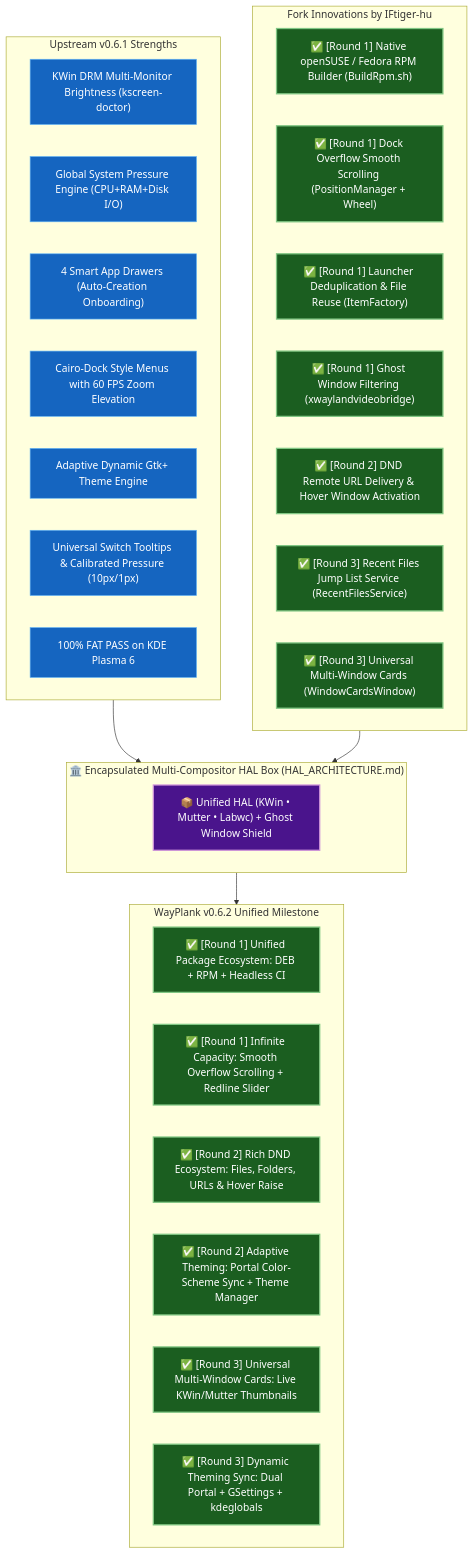
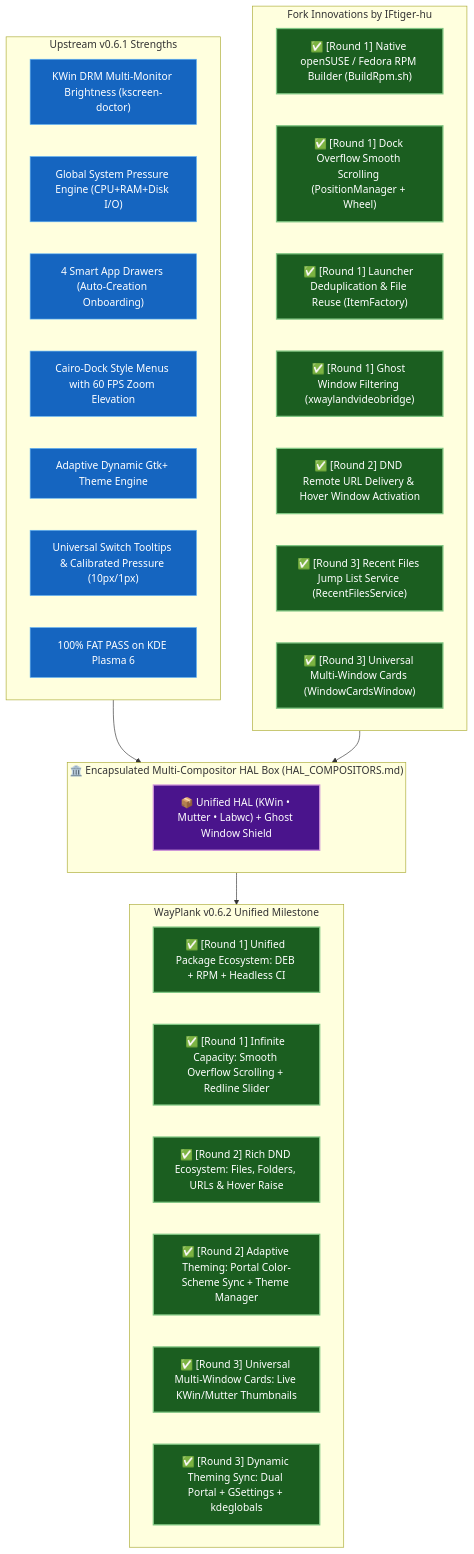
Before and after one commit to sergiomelas/WayPlank: the diagram in Documentation/WAYPLANK_FORK_INTEGRATION_ROADMAP.md, drawn with Mermaid. The commit also changed other lines of this file and 76 other files, not shown here.

````diff
--- a/Documentation/WAYPLANK_FORK_INTEGRATION_ROADMAP.md
+++ b/Documentation/WAYPLANK_FORK_INTEGRATION_ROADMAP.md
@@ -53,43 +53,43 @@
 ```mermaid
 flowchart TD
     classDef integrated fill:#1b5e20,stroke:#81c784,stroke-width:2px,color:#ffffff;
     classDef upstream fill:#1565c0,stroke:#64b5f6,stroke-width:1px,color:#ffffff;
     classDef halbox fill:#4a148c,stroke:#ce93d8,stroke-width:2px,color:#ffffff;
 
     subgraph Upstream_v061["Upstream v0.6.1 Strengths"]
         U1["KWin DRM Multi-Monitor Brightness (kscreen-doctor)"]:::upstream
         U2["Global System Pressure Engine (CPU+RAM+Disk I/O)"]:::upstream
         U3["4 Smart App Drawers (Auto-Creation Onboarding)"]:::upstream
         U4["Cairo-Dock Style Menus with 60 FPS Zoom Elevation"]:::upstream
         U5["Adaptive Dynamic Gtk+ Theme Engine"]:::upstream
         U6["Universal Switch Tooltips & Calibrated Pressure (10px/1px)"]:::upstream
         U7["100% FAT PASS on KDE Plasma 6"]:::upstream
     end
 
     subgraph Fork_Features["Fork Innovations by IFtiger-hu"]
         F1["✅ [Round 1] Native openSUSE / Fedora RPM Builder (BuildRpm.sh)"]:::integrated
         F2["✅ [Round 1] Dock Overflow Smooth Scrolling (PositionManager + Wheel)"]:::integrated
         F3["✅ [Round 1] Launcher Deduplication & File Reuse (ItemFactory)"]:::integrated
         F4["✅ [Round 1] Ghost Window Filtering (xwaylandvideobridge)"]:::integrated
         F5["✅ [Round 2] DND Remote URL Delivery & Hover Window Activation"]:::integrated
         F6["✅ [Round 3] Recent Files Jump List Service (RecentFilesService)"]:::integrated
         F7["✅ [Round 3] Universal Multi-Window Cards (WindowCardsWindow)"]:::integrated
     end
 
-    subgraph HAL_Box["🏛️ Encapsulated Multi-Compositor HAL Box (HAL_ARCHITECTURE.md)"]
+    subgraph HAL_Box["🏛️ Encapsulated Multi-Compositor HAL Box (HAL_COMPOSITORS.md)"]
         HB["📦 Unified HAL (KWin • Mutter • Labwc) + Ghost Window Shield"]:::halbox
     end
 
     subgraph Unified_v062["WayPlank v0.6.2 Unified Milestone"]
         M1["✅ [Round 1] Unified Package Ecosystem: DEB + RPM + Headless CI"]:::integrated
         M3["✅ [Round 1] Infinite Capacity: Smooth Overflow Scrolling + Redline Slider"]:::integrated
         M4["✅ [Round 2] Rich DND Ecosystem: Files, Folders, URLs & Hover Raise"]:::integrated
         M5["✅ [Round 2] Adaptive Theming: Portal Color-Scheme Sync + Theme Manager"]:::integrated
         M6["✅ [Round 3] Universal Multi-Window Cards: Live KWin/Mutter Thumbnails"]:::integrated
         M7["✅ [Round 3] Dynamic Theming Sync: Dual Portal + GSettings + kdeglobals"]:::integrated
     end
 
     Upstream_v061 --> HAL_Box
     Fork_Features --> HAL_Box
     HAL_Box --> Unified_v062
 ```
````
